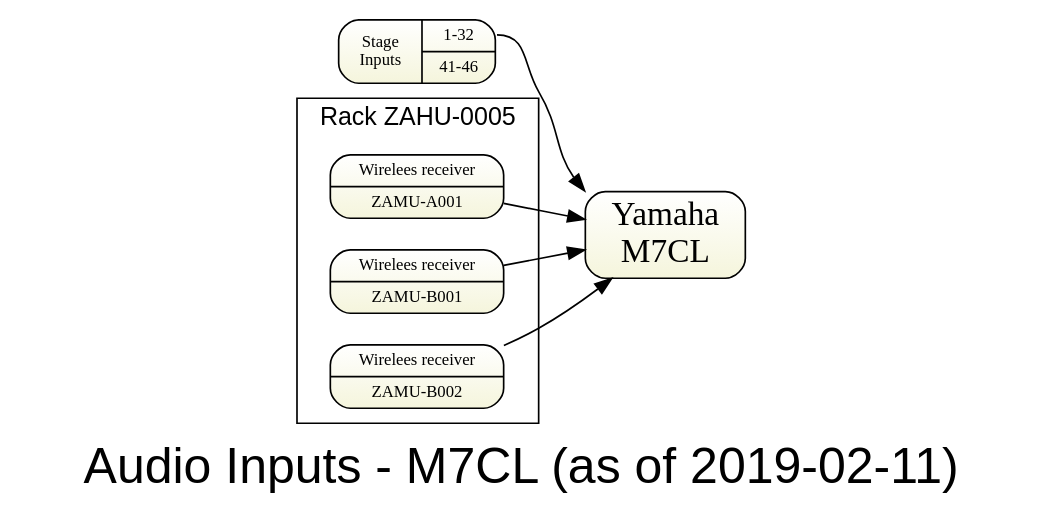
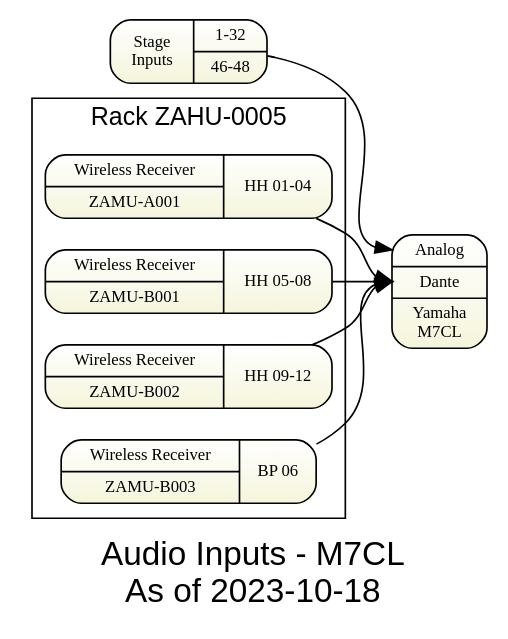
The diagram in gv/sda-inputs-m7.gv (avmaint/uactechdoc), drawn with Graphviz before and after one commit. The commit also changed 8 other files, not shown here.

```diff
--- a/gv/sda-inputs-m7.gv
+++ b/gv/sda-inputs-m7.gv
@@ -1,26 +1,27 @@
 digraph topology1 { 
-graph [overlap = true, fontsize = 30, rankdir=LR 
-      label="Audio Inputs - M7CL (as of 2019-02-11)",
+graph [overlap = true, fontsize = 20, rankdir=LR 
+      label="Audio Inputs - M7CL\nAs of 2023-10-18",
       fontname = Helvetica]
 
 node [shape=Mrecord, tooltip="" , fontsize = 10,
       fillcolor="white:beige" , style=filled  
       gradientangle=270]
 
 stage [label="{ Stage\nInputs
 |{<o1>1-32 
-| <o2>41-46   
+| <o2>46-48   
 } }"]  
 
-m7 [label="Yamaha\nM7CL" fontsize=20 ]
+m7 [label="{<a>Analog}|{<d>Dante}|Yamaha\nM7CL"   ]
 
 subgraph cluster_rear { label="Rack ZAHU-0005" fontsize=15
-  zamua001 [label="Wirelees receiver|ZAMU-A001"]
-  zamub001 [label="Wirelees receiver|ZAMU-B001"]
-  zamub002 [label="Wirelees receiver|ZAMU-B002"]
+  zamua001 [label="{{Wireless Receiver|ZAMU-A001}|HH 01-04}"]
+  zamub001 [label="{{Wireless Receiver|ZAMU-B001}|HH 05-08} "]
+  zamub002 [label="{{Wireless Receiver|ZAMU-B002}|HH 09-12}"]
+  zamub003 [label="{{Wireless Receiver|ZAMU-B003}|BP 06}"]
 }
 
-{zamua001 zamub001 zamub002  } -> m7
+{zamua001 zamub001 zamub002 zamub003 } -> m7:d
 
-stage:o1 -> m7:i2
+stage  -> m7:a
 }
```
